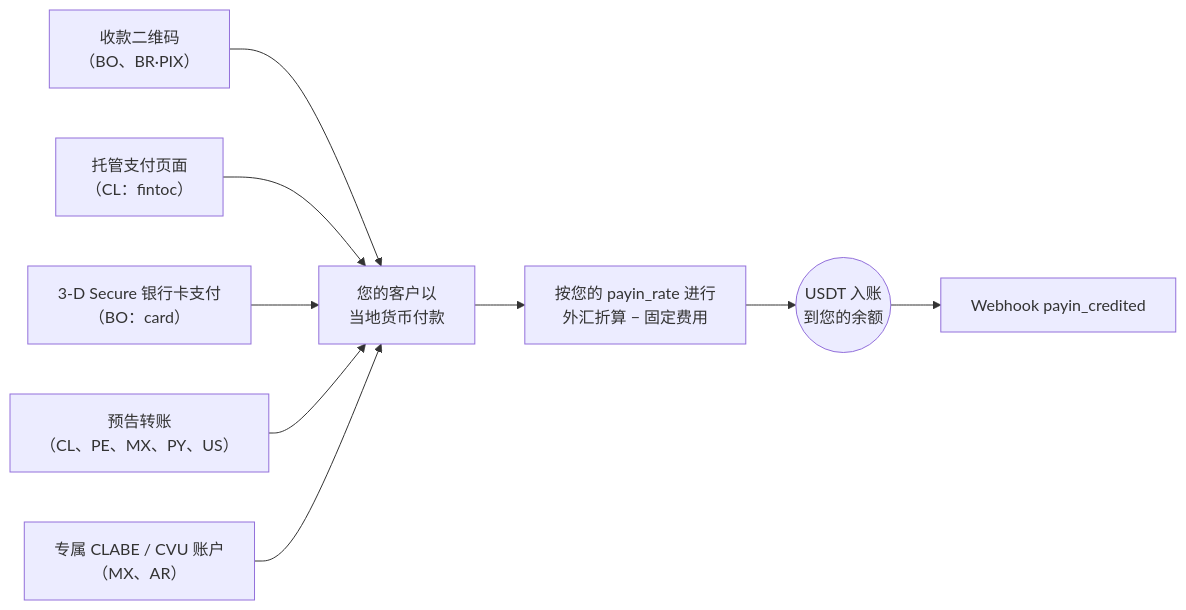
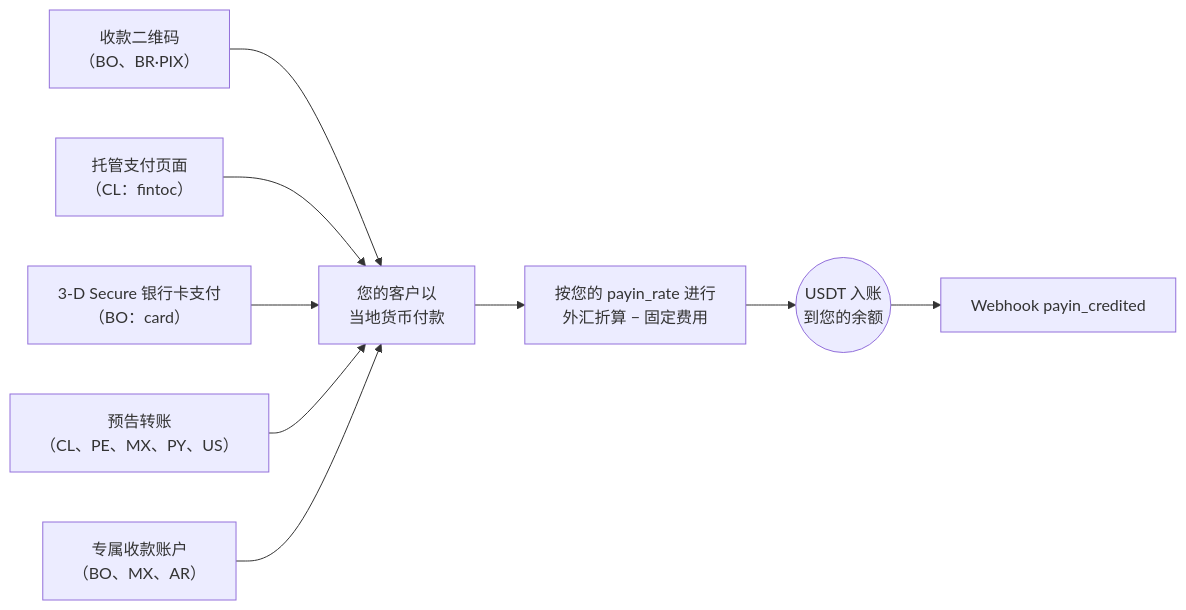
The diagram in mcp-pack/guides/zh/guides/payins.md (CBpayapp/cbpay-docs), drawn with Mermaid before and after one commit. The commit also changed other lines of this file and 38 other files, not shown here.

````diff
--- a/mcp-pack/guides/zh/guides/payins.md
+++ b/mcp-pack/guides/zh/guides/payins.md
@@ -16,11 +16,11 @@
 ```mermaid
 flowchart LR
     qr["收款二维码<br/>（BO、BR·PIX）"] --> pay["您的客户以<br/>当地货币付款"]
     hosted["托管支付页面<br/>（CL：fintoc）"] --> pay
     card["3-D Secure 银行卡支付<br/>（BO：card）"] --> pay
     announced["预告转账<br/>（CL、PE、MX、PY、US）"] --> pay
-    clabe["专属 CLABE / CVU 账户<br/>（MX、AR）"] --> pay
+    clabe["专属收款账户<br/>（BO、MX、AR）"] --> pay
     pay --> conv["按您的 payin_rate 进行<br/>外汇折算 − 固定费用"]
     conv --> credit(("USDT 入账<br/>到您的余额"))
     credit --> wh["Webhook payin_credited"]
 ```
````
